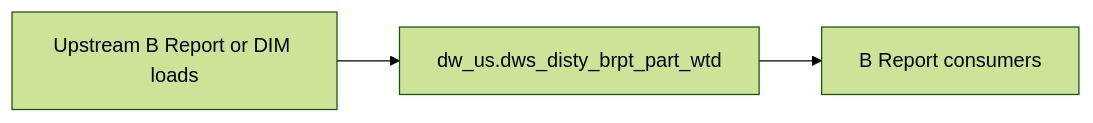
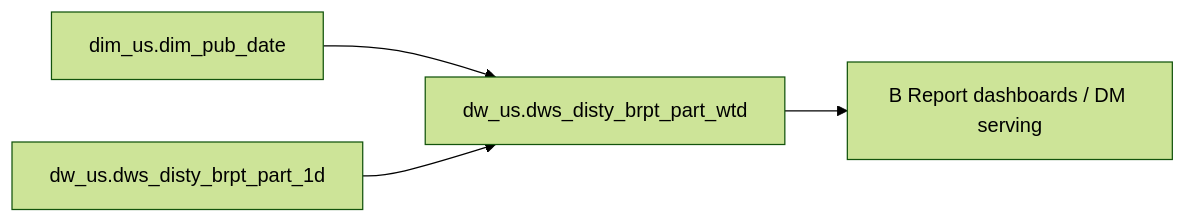
Before and after one commit to chengduhaha/data_agent: the diagram in backend/defaults/b_report/workspace/target/knowledgebase/b-report-us/dws_disty_brpt_part_wtd.md, drawn with Mermaid (forest theme). The commit also changed other lines of this file and 1108 other files, not shown here.

````diff
--- a/backend/defaults/b_report/workspace/target/knowledgebase/b-report-us/dws_disty_brpt_part_wtd.md
+++ b/backend/defaults/b_report/workspace/target/knowledgebase/b-report-us/dws_disty_brpt_part_wtd.md
@@ -165,8 +271,10 @@
 ```mermaid
 flowchart LR
-  upstream[Upstream B Report or DIM loads]
-  tgt["dw_us.dws_disty_brpt_part_wtd"]
-  brpt[B Report consumers]
-  upstream --> tgt
-  tgt --> brpt
+  dw_us_dws_disty_brpt_part_wtd["dw_us.dws_disty_brpt_part_wtd"]
+  src0["dim_us.dim_pub_date"]
+  src0 --> dw_us_dws_disty_brpt_part_wtd
+  src1["dw_us.dws_disty_brpt_part_1d"]
+  src1 --> dw_us_dws_disty_brpt_part_wtd
+  consumers["B Report dashboards / DM serving"]
+  dw_us_dws_disty_brpt_part_wtd --> consumers
 ```
````
